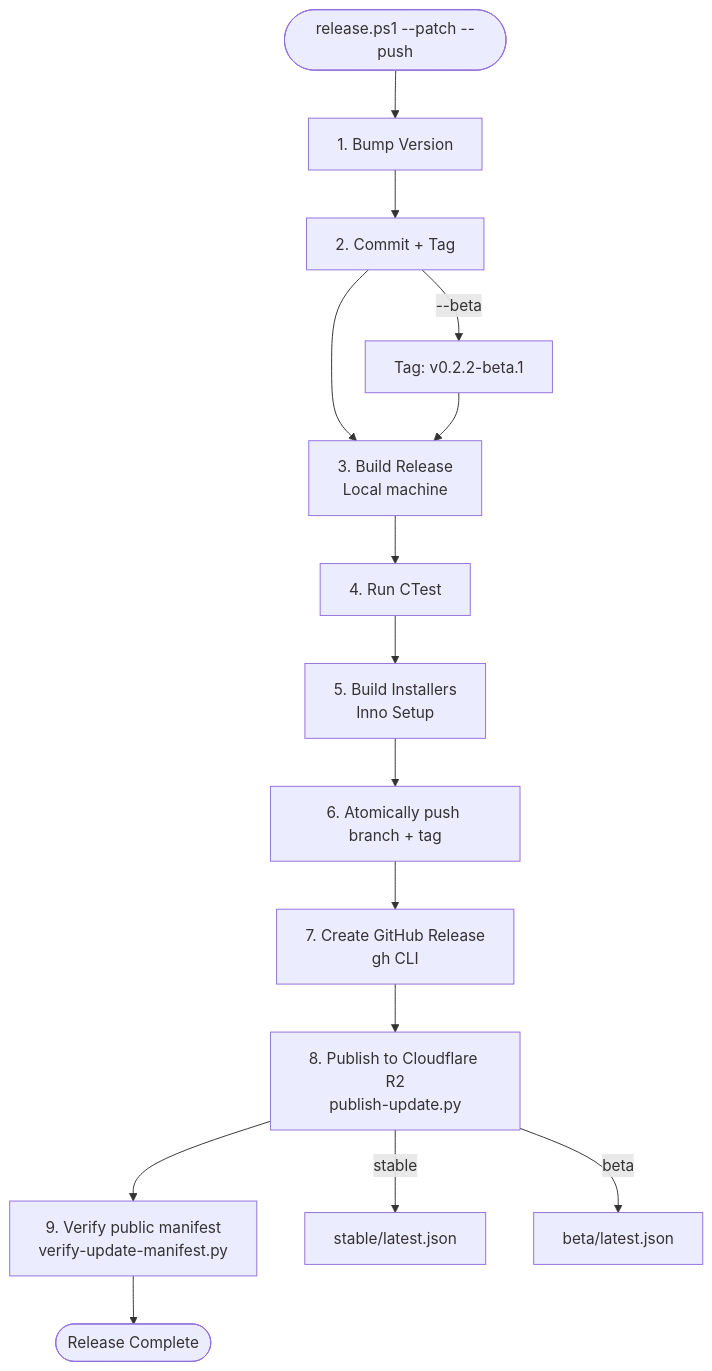
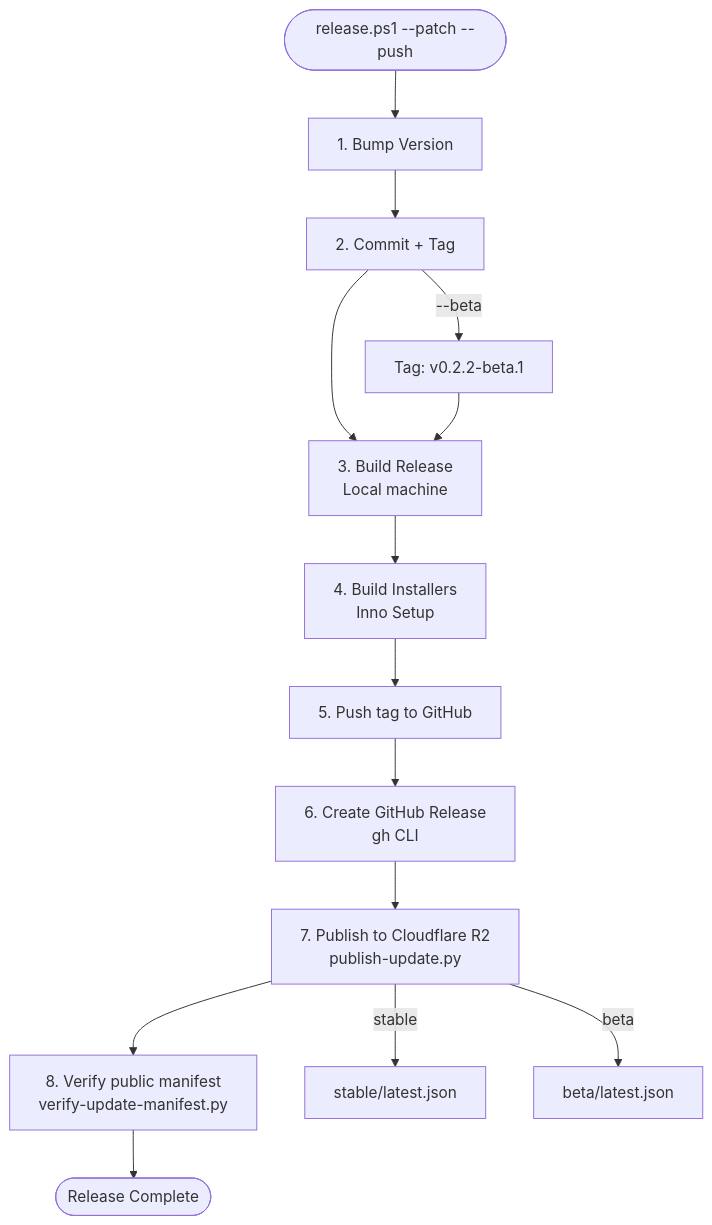
The diagram in docs/howto/release-workflow.md (KPT1020/mib-studio-qt), drawn with Mermaid before and after one commit. The commit also changed other lines of this file and 186 other files, not shown here.

````diff
--- a/docs/howto/release-workflow.md
+++ b/docs/howto/release-workflow.md
@@ -422,18 +258,17 @@
 ```mermaid
 flowchart TD
     Start([release.ps1 --patch --push]) --> Bump[1. Bump Version]
     Bump --> Commit[2. Commit + Tag]
     Commit --> Build[3. Build Release<br/>Local machine]
-    Build --> Tests[4. Run CTest]
-    Tests --> Installers[5. Build Installers<br/>Inno Setup]
-    Installers --> Push[6. Atomically push branch + tag]
-    Push --> GHRelease[7. Create GitHub Release<br/>gh CLI]
-    GHRelease --> R2[8. Publish to Cloudflare R2<br/>publish-update.py]
-    R2 --> Verify[9. Verify public manifest<br/>verify-update-manifest.py]
+    Build --> Installers[4. Build Installers<br/>Inno Setup]
+    Installers --> Push[5. Push tag to GitHub]
+    Push --> GHRelease[6. Create GitHub Release<br/>gh CLI]
+    GHRelease --> R2[7. Publish to Cloudflare R2<br/>publish-update.py]
+    R2 --> Verify[8. Verify public manifest<br/>verify-update-manifest.py]
     Verify --> Done([Release Complete])
 
     Commit -->|--beta| BetaTag[Tag: v0.2.2-beta.1]
     BetaTag --> Build
     R2 -->|stable| Stable[stable/latest.json]
     R2 -->|beta| Beta[beta/latest.json]
 ```
````
